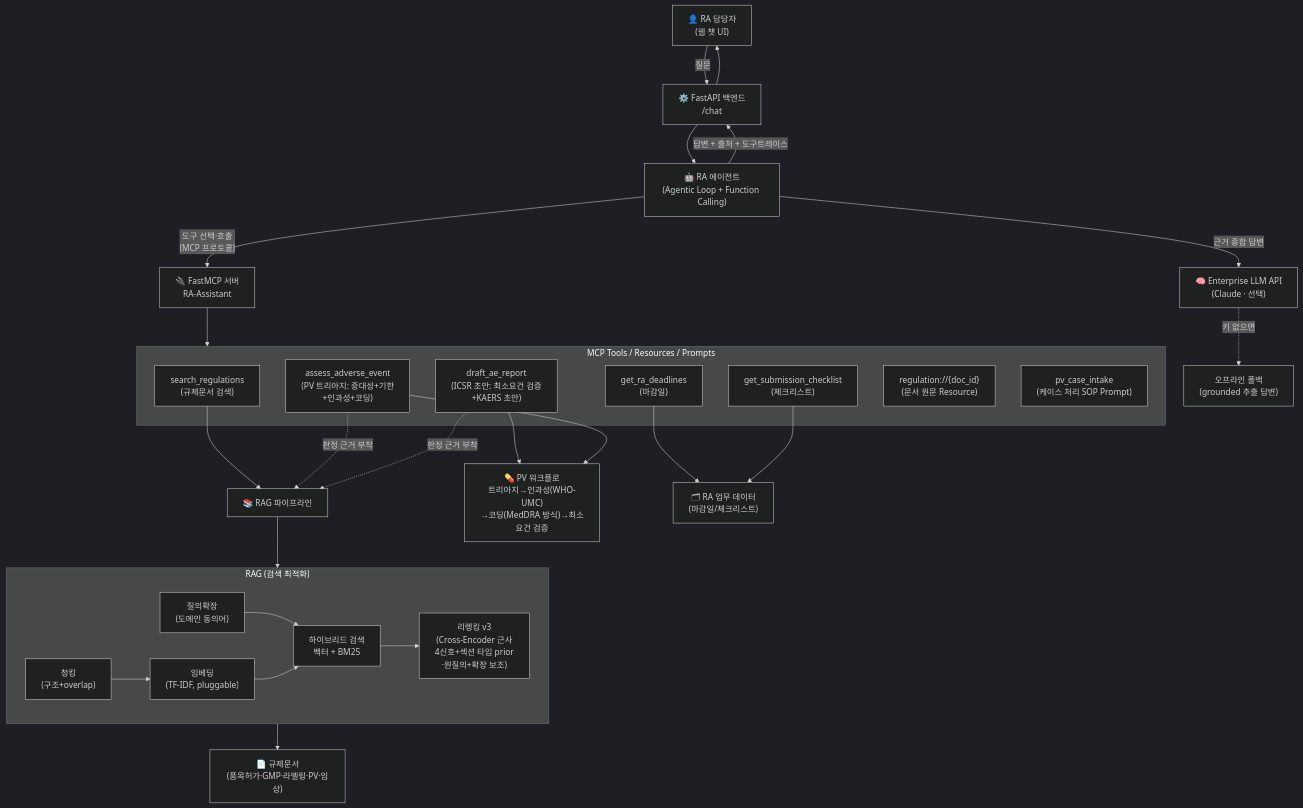
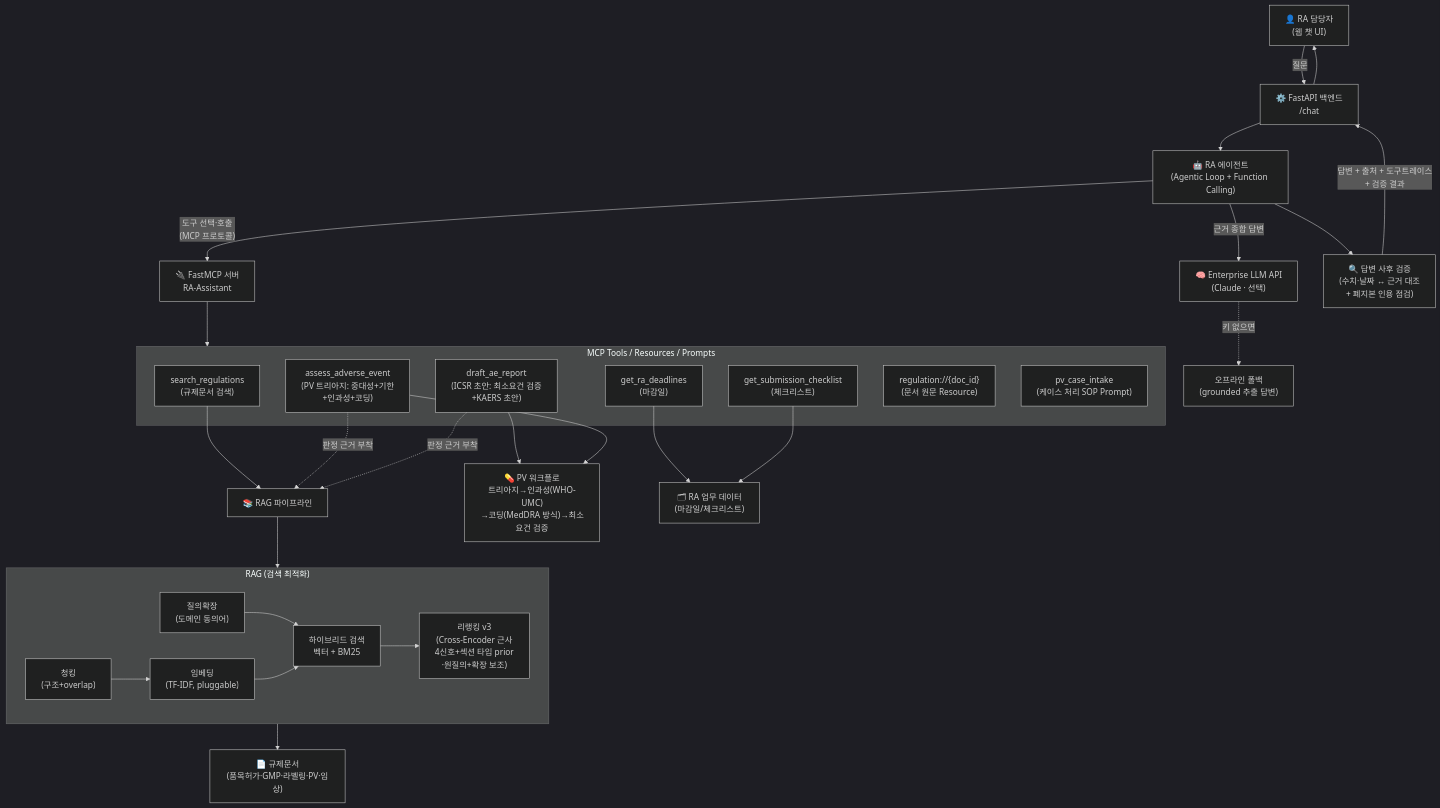
One commit to chaeyoo/letsgogc changed the diagram in project/README.md. Above: the diagram before and after it, drawn with Mermaid (dark theme). The commit also changed other lines of this file and 16 other files, not shown here.

````diff
--- a/project/README.md
+++ b/project/README.md
@@ -46,40 +48,41 @@
 ```mermaid
 flowchart TB
     U["👤 RA 담당자<br/>(웹 챗 UI)"] -->|질문| API["⚙️ FastAPI 백엔드<br/>/chat"]
     API --> AG["🤖 RA 에이전트<br/>(Agentic Loop + Function Calling)"]
 
     AG -->|"도구 선택·호출<br/>(MCP 프로토콜)"| MCP["🔌 FastMCP 서버<br/>RA-Assistant"]
 
     subgraph MCP_TOOLS["MCP Tools / Resources / Prompts"]
         T1["search_regulations<br/>(규제문서 검색)"]
         T2["get_ra_deadlines<br/>(마감일)"]
         T3["get_submission_checklist<br/>(체크리스트)"]
         T4["assess_adverse_event<br/>(PV 트리아지: 중대성+기한<br/>+인과성+코딩)"]
         T5["draft_ae_report<br/>(ICSR 초안: 최소요건 검증<br/>+KAERS 초안)"]
         R1["regulation://{doc_id}<br/>(문서 원문 Resource)"]
         P1["pv_case_intake<br/>(케이스 처리 SOP Prompt)"]
     end
     MCP --> MCP_TOOLS
 
     T1 --> RAG["📚 RAG 파이프라인"]
     T4 -.->|"판정 근거 부착"| RAG
     T5 -.->|"판정 근거 부착"| RAG
     T5 --> PV["💊 PV 워크플로<br/>트리아지→인과성(WHO-UMC)<br/>→코딩(MedDRA 방식)→최소요건 검증"]
     T4 --> PV
     subgraph RAG_PIPE["RAG (검색 최적화)"]
         C1["청킹<br/>(구조+overlap)"] --> C2["임베딩<br/>(TF-IDF, pluggable)"]
         C0["질의확장<br/>(도메인 동의어)"] --> C3["하이브리드 검색<br/>벡터 + BM25"]
         C2 --> C3
         C3 --> C4["리랭킹 v3<br/>(Cross-Encoder 근사<br/>4신호+섹션 타입 prior<br/>·원질의+확장 보조)"]
     end
     RAG --> RAG_PIPE
     RAG_PIPE --> DOCS["📄 규제문서<br/>(품목허가·GMP·라벨링·PV·임상)"]
 
     T2 --> DB["🗂 RA 업무 데이터<br/>(마감일/체크리스트)"]
     T3 --> DB
 
     AG -->|"근거 종합 답변"| LLM["🧠 Enterprise LLM API<br/>(Claude · 선택)"]
     LLM -.->|"키 없으면"| FB["오프라인 폴백<br/>(grounded 추출 답변)"]
 
-    AG -->|"답변 + 출처 + 도구트레이스"| API --> U
+    AG --> VER["🔍 답변 사후 검증<br/>(수치·날짜 ↔ 근거 대조<br/>+ 폐지본 인용 점검)"]
+    VER -->|"답변 + 출처 + 도구트레이스<br/>+ 검증 결과"| API --> U
 ```
````
